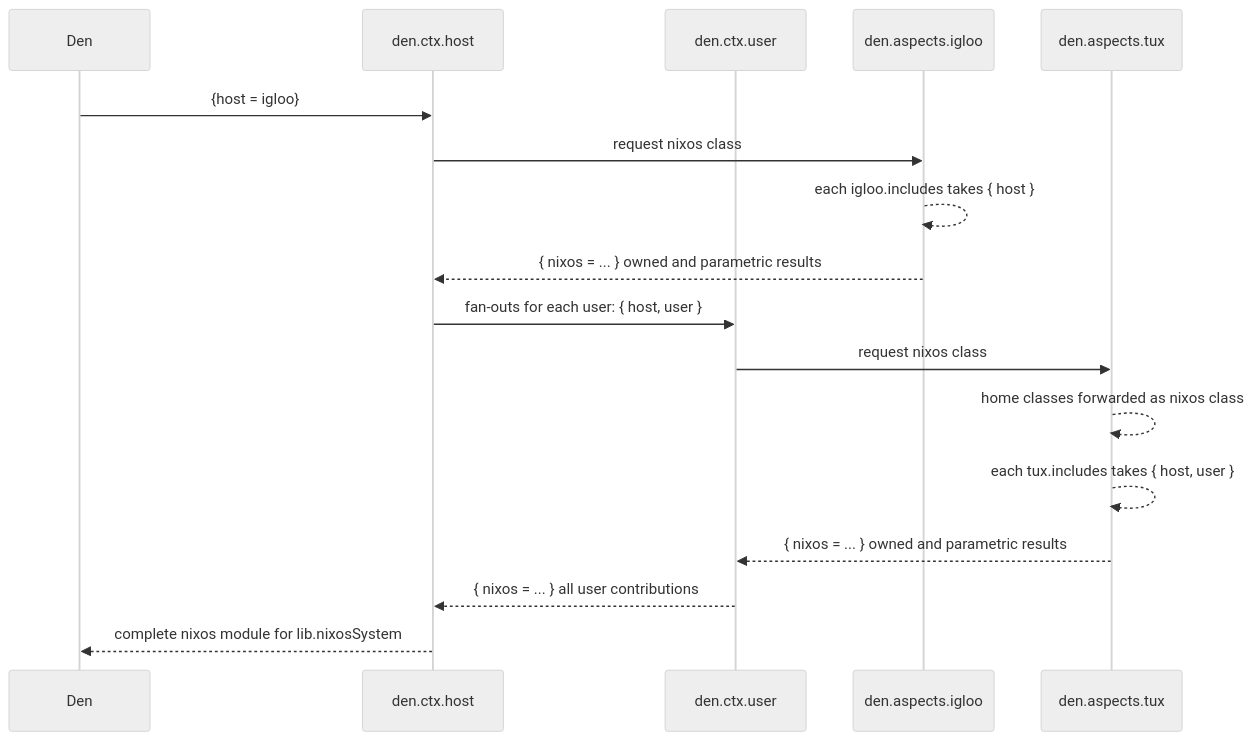
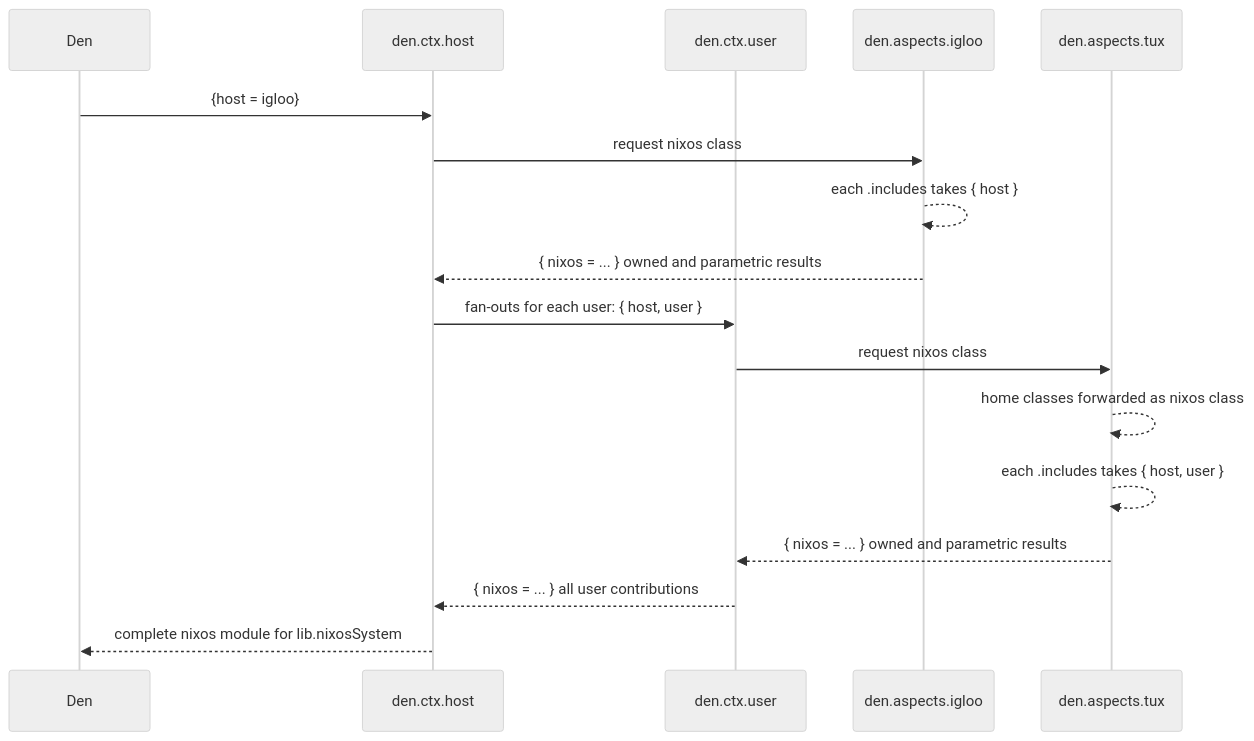
Before and after one commit to vic/den: the first of 3 diagrams in docs/src/content/docs/guides/bidirectional.mdx, drawn with Mermaid (neutral theme). The commit also changed other lines of this file and 4 other files, not shown here.

Commit message:
feat(docs): diagrams pan/zoom using mouse wheel and drag.

````diff
--- a/docs/src/content/docs/guides/bidirectional.mdx
+++ b/docs/src/content/docs/guides/bidirectional.mdx
@@ -45,26 +46,26 @@
 ```mermaid
 sequenceDiagram
    participant Den
    participant host as den.ctx.host
    participant user as den.ctx.user
    participant igloo as den.aspects.igloo
    participant tux as den.aspects.tux
 
    Den  ->>  host  :  {host = igloo}
 
    host ->> igloo : request nixos class
-   igloo -->> igloo : each igloo.includes takes { host }
+   igloo -->> igloo : each .includes takes { host }
    igloo -->> host : { nixos = ... } owned and parametric results
 
    host ->> user : fan-outs for each user: { host, user }
 
    user ->> tux : request nixos class
    tux -->> tux : home classes forwarded as nixos class
-   tux -->> tux : each tux.includes takes { host, user }
+   tux -->> tux : each .includes takes { host, user }
    tux -->> user : { nixos = ... } owned and parametric results
 
    user -->> host : { nixos = ... } all user contributions
 
    host -->> Den : complete nixos module for lib.nixosSystem
 
 ```
````
